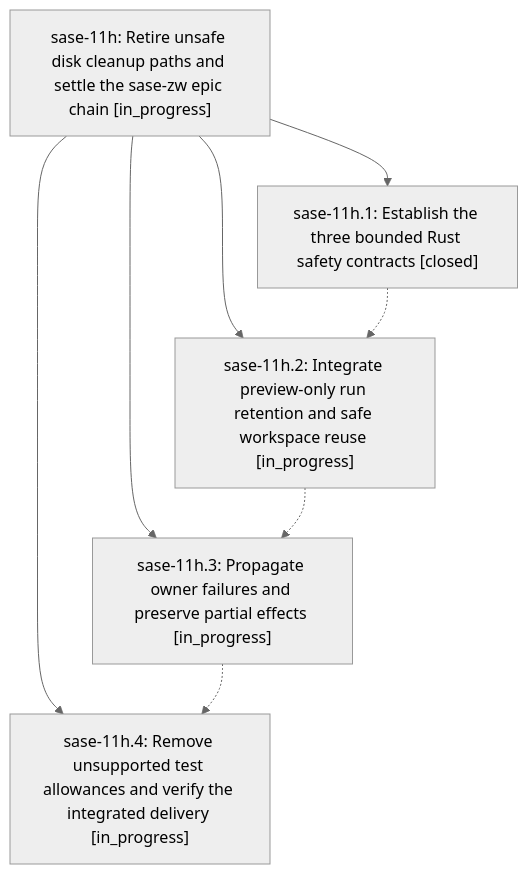
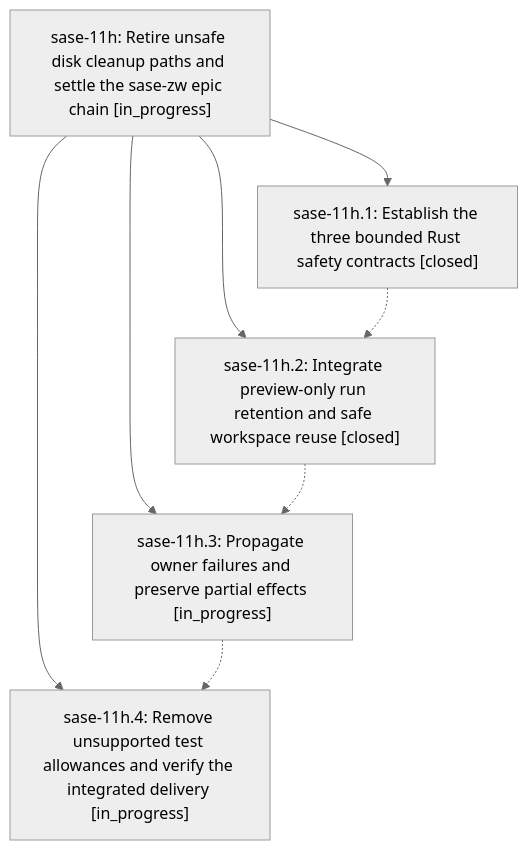
Before and after one commit to sase-org/sase--beads: the diagram in pages/sase-11h/README.md, drawn with Mermaid (neutral theme). The commit also changed other lines of this file and 3 other files, not shown here.

````diff
--- a/pages/sase-11h/README.md
+++ b/pages/sase-11h/README.md
@@ -25,15 +25,15 @@
 ```mermaid
 flowchart TD
     n0["sase-11h: Retire unsafe disk cleanup paths and settle the sase-zw epic chain [in_progress]"]
     n1["sase-11h.1: Establish the three bounded Rust safety contracts [closed]"]
-    n2["sase-11h.2: Integrate preview-only run retention and safe workspace reuse [in_progress]"]
+    n2["sase-11h.2: Integrate preview-only run retention and safe workspace reuse [closed]"]
     n3["sase-11h.3: Propagate owner failures and preserve partial effects [in_progress]"]
     n4["sase-11h.4: Remove unsupported test allowances and verify the integrated delivery [in_progress]"]
     n0 --> n1
     n0 --> n2
     n0 --> n3
     n0 --> n4
     n1 -.-> n2
     n2 -.-> n3
     n3 -.-> n4
 ```
````
